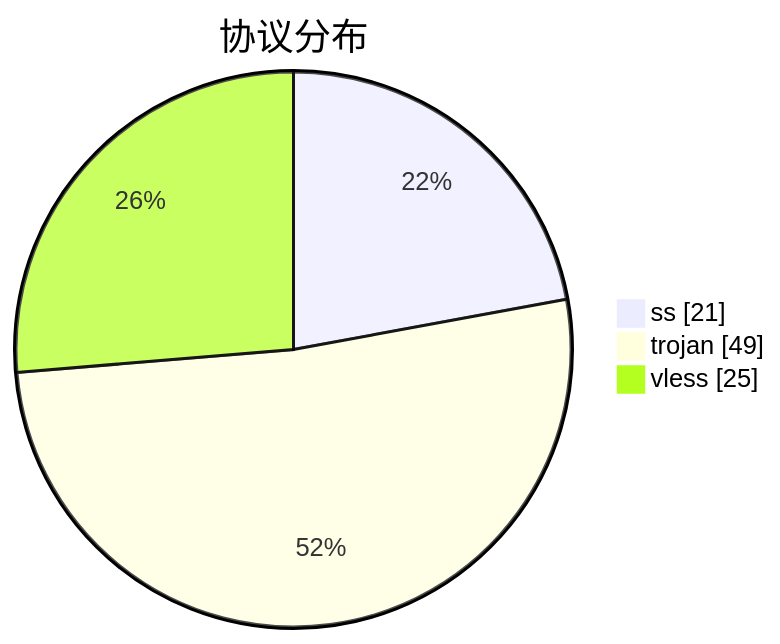
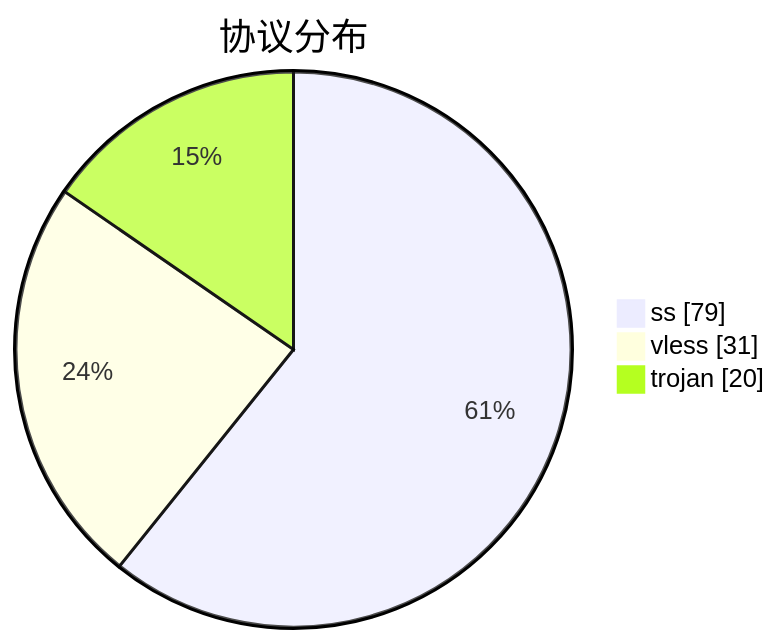
The third of 3 diagrams in subs/statistics/tested_within.md (qjlxg/airport), drawn with Mermaid before and after one commit. The commit also changed other lines of this file and 2 other files, not shown here.

````diff
--- a/subs/statistics/tested_within.md
+++ b/subs/statistics/tested_within.md
@@ -25,7 +31,7 @@
 ```mermaid
 pie showData
 title 协议分布
-"ss" : 21
-"trojan" : 49
-"vless" : 25
+"ss" : 79
+"vless" : 31
+"trojan" : 20
 ```
````
